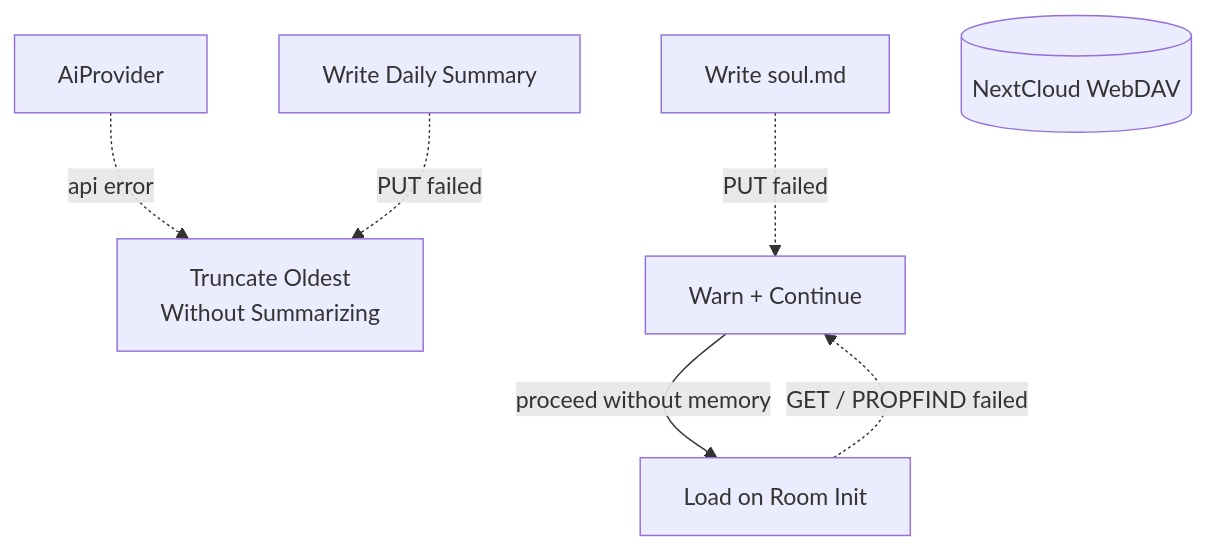
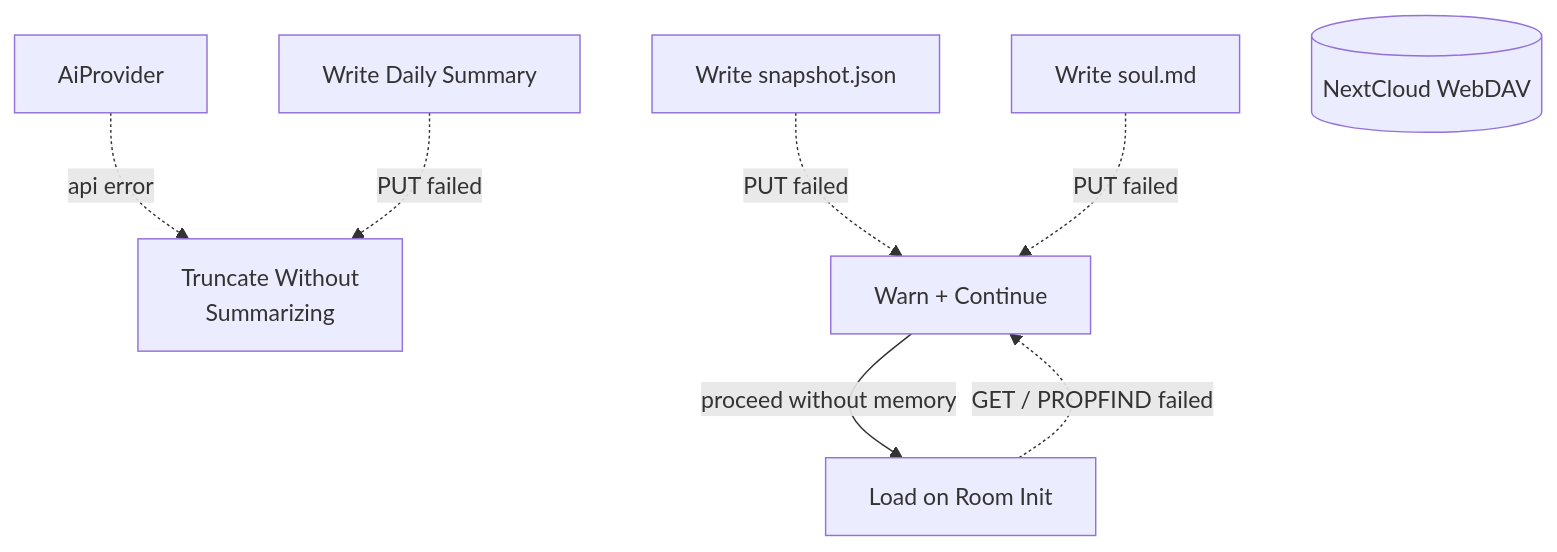
One commit to cosmoswafer/rockbot changed the sixth of 7 diagrams in _dfds/base/memory.md. Above: the diagram before and after it, drawn with Mermaid. The commit also changed other lines of this file and 3 other files, not shown here.

Commit message:
dfd: refactor memory management DFD — split retrieve/archive/persist flows, add snapshot-based crash recovery

````diff
--- a/_dfds/base/memory.md
+++ b/_dfds/base/memory.md
@@ -161,16 +191,18 @@
 ```mermaid
 flowchart TD
     AI[AiProvider]
     L2_WRITE[Write Daily Summary]
     SOUL_WRITE[Write soul.md]
+    SNAP_WRITE[Write snapshot.json]
     DAV[(NextCloud WebDAV)]
     LOAD[Load on Room Init]
-    FALLBACK[Truncate Oldest<br/>Without Summarizing]
+    FALLBACK[Truncate Without<br/>Summarizing]
     WARN[Warn + Continue]
 
     AI -.->|"api error"| FALLBACK
     L2_WRITE -.->|"PUT failed"| FALLBACK
+    SNAP_WRITE -.->|"PUT failed"| WARN
     SOUL_WRITE -.->|"PUT failed"| WARN
     LOAD -.->|"GET / PROPFIND failed"| WARN
     WARN -->|"proceed without memory"| LOAD
 ```
````
